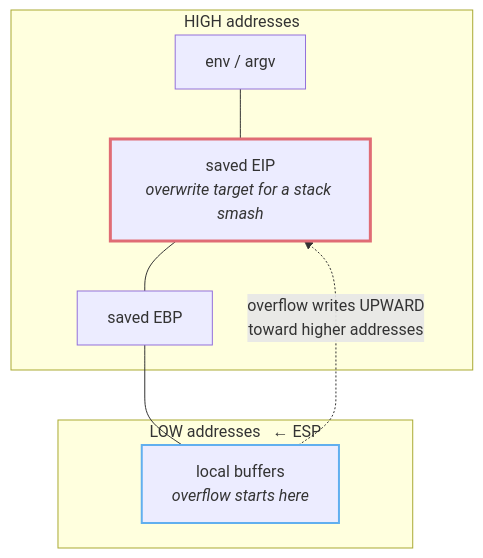
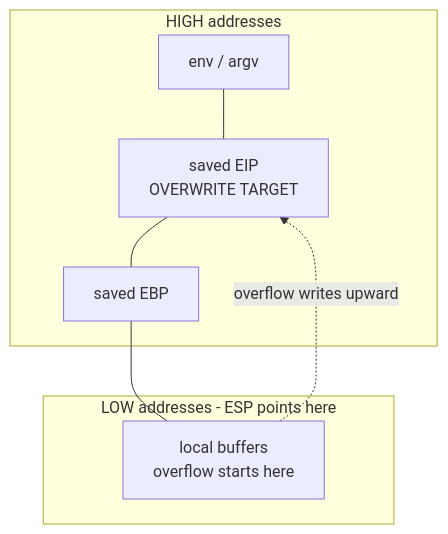
One commit to Er2oneousbit/obsidian changed the diagram in Class notes/AntiSyphon/x86 Assembly Intro.md. Above: the diagram before and after it, drawn with Mermaid. The commit also changed 29 other files, not shown here.

````diff
--- a/Class notes/AntiSyphon/x86 Assembly Intro.md
+++ b/Class notes/AntiSyphon/x86 Assembly Intro.md
@@ -182,18 +182,15 @@
 ```mermaid
 flowchart TB
-    subgraph HI[" HIGH addresses "]
+    subgraph HI["HIGH addresses"]
         A["env / argv"]
-        B["saved EIP<br/><i>overwrite target for a stack smash</i>"]
+        B["saved EIP<br/>OVERWRITE TARGET"]
         C["saved EBP"]
     end
-    subgraph LO[" LOW addresses &nbsp;&nbsp;&larr; ESP "]
-        D["local buffers<br/><i>overflow starts here</i>"]
+    subgraph LO["LOW addresses - ESP points here"]
+        D["local buffers<br/>overflow starts here"]
     end
-    A --- B --- C --- D
-    D -. "overflow writes UPWARD<br/>toward higher addresses" .-> B
-
-    classDef tgt stroke:#e06c75,stroke-width:3px
-    classDef buf stroke:#61afef,stroke-width:2px
-    class B tgt
-    class D buf
+    A --- B
+    B --- C
+    C --- D
+    D -.->|"overflow writes upward"| B
 ```
````
